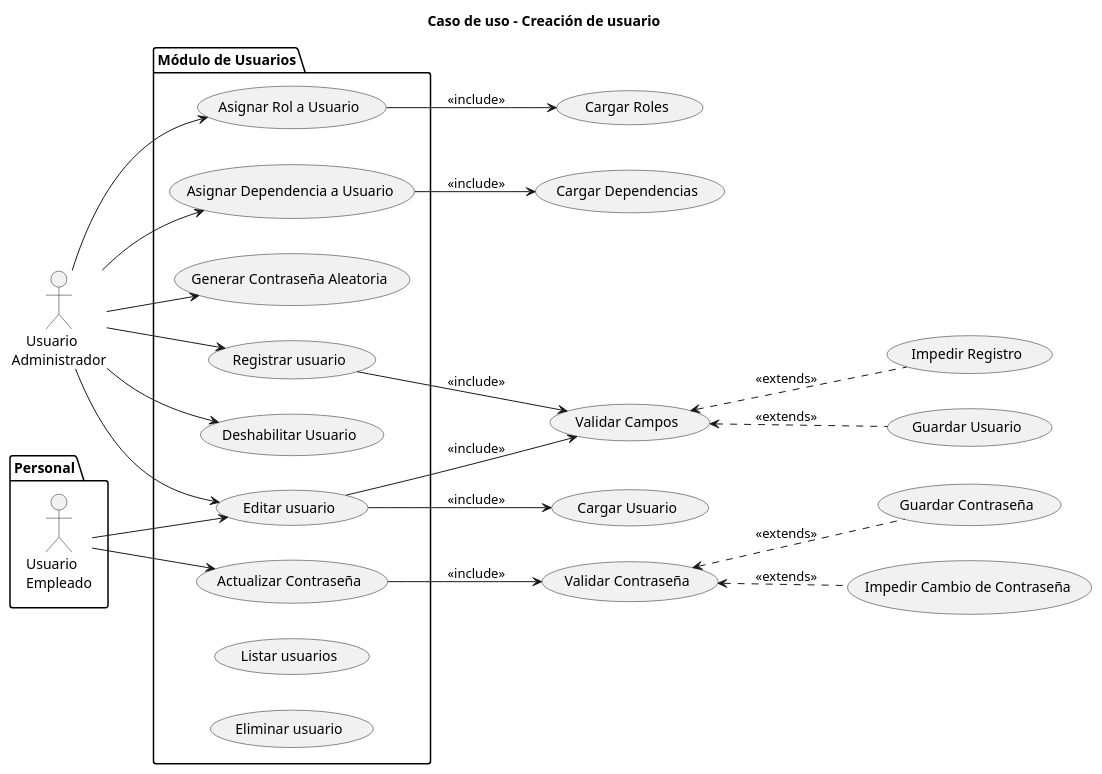
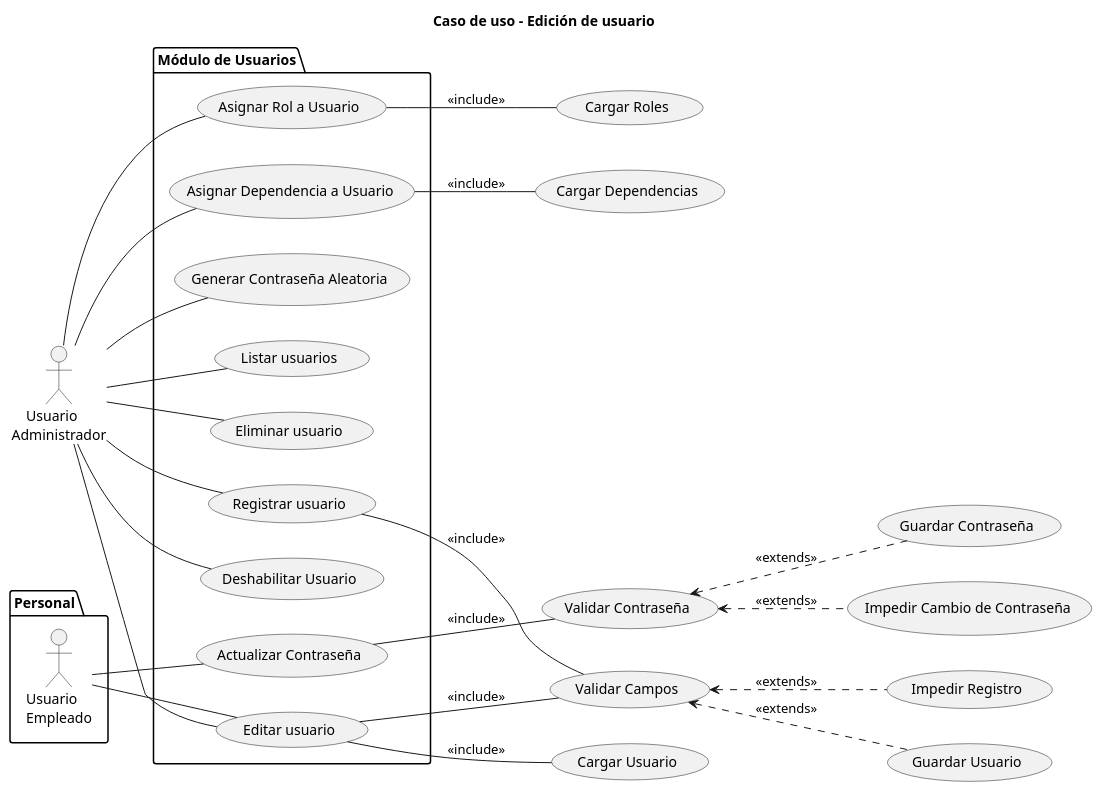
Before and after one commit to JuanVicGT/Responsabilidades: the diagram in docs/Use Cases - Rev 1/CU - 6.2 - Edición de usuario.plantuml, drawn with PlantUML. The commit also changed 5 other files, not shown here.

Commit message:
[📝update] Diagrama de clases y despliegue - otros en progreso aún

```diff
--- a/docs/Use Cases - Rev 1/CU - 6.2 - Edición de usuario.plantuml
+++ b/docs/Use Cases - Rev 1/CU - 6.2 - Edición de usuario.plantuml
@@ -1,66 +1,68 @@
-@startuml "CU - 5 - Módulo de Usuarios - Administrador"
+@startuml "CU - 5 - Edición de usuario"
 
 left to right direction
 
 '======== Título ========'
-title "Caso de uso - Creación de usuario"
+title "Caso de uso - Edición de usuario"
 
 /' === Sección de actores === '/
 actor "    Usuario\nAdministrador" as admin
 
 package "Personal" {
     actor "Usuario\nEmpleado" as user
 }
 
 /' === Sección de elementos === '/
 package "Módulo de Usuarios" {
     usecase "Crear Usuario" as user_create
     usecase "Editar Usuario" as user_edit
     usecase "Deshabilitar Usuario" as user_block
     usecase "Asignar Rol a Usuario" as user_assign_role
     usecase "Asignar Dependencia a Usuario" as user_assign_dep
     usecase "Generar Contraseña Aleatoria" as user_generate_password
     usecase "Actualizar Contraseña" as user_update_password
 
     usecase "Listar usuarios" as user_list
     usecase "Registrar usuario" as user_create
     usecase "Editar usuario" as user_edit
     usecase "Eliminar usuario" as user_delete
 }
 
 (Validar Campos) as validate
 (Validar Contraseña) as validate_password
 (Impedir Registro) as denegate
 (Cargar Usuario) as load
 (Guardar Usuario) as save
 (Guardar Contraseña) as save_password
 (Impedir Cambio de Contraseña) as denegate_password
 (Cargar Roles) as load_roles
 (Cargar Dependencias) as load_deps
 
 /' === Sección de Relaciones === '/
-admin --> user_create
-admin --> user_edit
-admin --> user_block
-admin --> user_assign_role
-admin --> user_assign_dep
-admin --> user_generate_password
+admin -- user_list
+admin -- user_create
+admin -- user_edit
+admin -- user_block
+admin -- user_assign_role
+admin -- user_assign_dep
+admin -- user_generate_password
+admin -- user_delete
 
-user_create --> validate : <<include>>
+user_create -- validate : <<include>>
 
 validate <.. save : <<extends>>
 validate <.. denegate : <<extends>>
 
-user_edit --> load : <<include>>
-user_edit --> validate : <<include>>
+user_edit -- load : <<include>>
+user_edit -- validate : <<include>>
 
-user_assign_role --> load_roles : <<include>>
-user_assign_dep --> load_deps : <<include>>
+user_assign_role -- load_roles : <<include>>
+user_assign_dep -- load_deps : <<include>>
 
-user --> user_edit
-user --> user_update_password
-user_update_password --> validate_password : <<include>>
+user -- user_edit
+user -- user_update_password
+user_update_password -- validate_password : <<include>>
 validate_password <.. save_password : <<extends>>
 validate_password <.. denegate_password : <<extends>>
 
 @enduml
```
